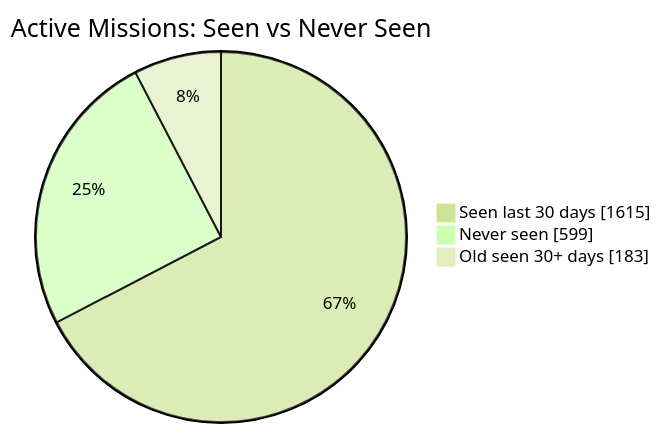
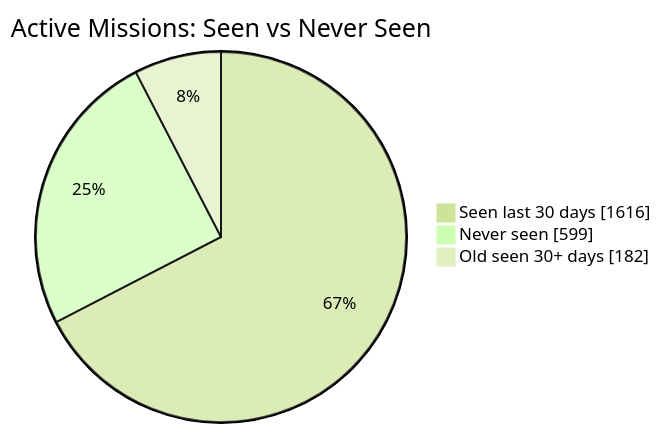
Before and after one commit to MeldkamerspelGameTeam/active-missions: the first of 2 diagrams in README.md, drawn with Mermaid (forest theme). The commit also changed other lines of this file and 3 other files, not shown here.

````diff
--- a/README.md
+++ b/README.md
@@ -34,7 +34,7 @@
 ```mermaid
 pie showData
     title Active Missions: Seen vs Never Seen
-    "Seen last 30 days" : 1615
+    "Seen last 30 days" : 1616
     "Never seen" : 599
-    "Old seen 30+ days" : 183
+    "Old seen 30+ days" : 182
 ```
````
